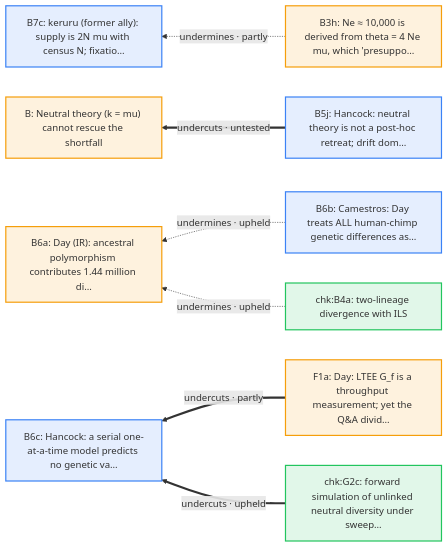
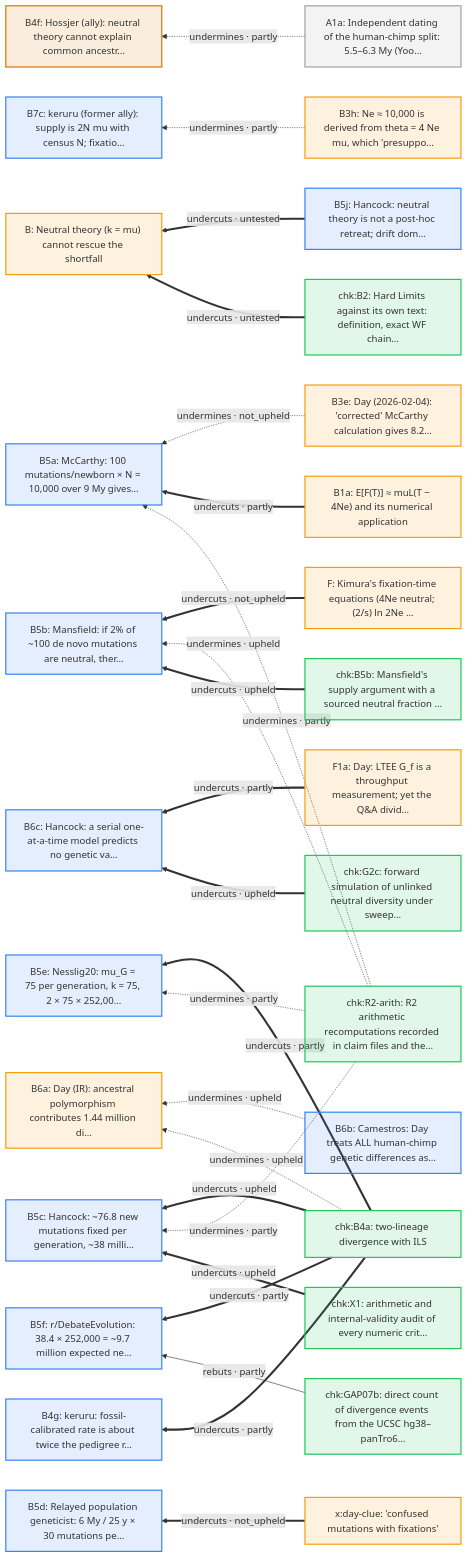
One commit to nickallevato/evo-sim changed the seventh of 19 diagrams in docs/arguments/defeaters.md. Above: the diagram before and after it, drawn with Mermaid. The commit also changed other lines of this file and 32 other files, not shown here.

````diff
--- a/docs/arguments/defeaters.md
+++ b/docs/arguments/defeaters.md
@@ -371,24 +348,59 @@
 ```mermaid
 flowchart RL
   classDef day fill:#f59e0b22,stroke:#f59e0b,stroke-width:2px
   classDef ally fill:#d9770622,stroke:#d97706,stroke-width:2px
   classDef critic fill:#3b82f622,stroke:#3b82f6,stroke-width:2px
   classDef literature fill:#a3a3a322,stroke:#a3a3a3,stroke-width:2px
   classDef audit fill:#22c55e22,stroke:#22c55e,stroke-width:2px
+  A1a["A1a: Independent dating of the human-chimp split: 5.5–6.3 My (Yoo…"]:::literature
   B["B: Neutral theory (k = mu) cannot rescue the shortfall"]:::day
+  B1a["B1a: E[F(T)] ≈ muL(T − 4Ne) and its numerical application"]:::day
+  B3e["B3e: Day (2026-02-04): 'corrected' McCarthy calculation gives 8.2…"]:::day
   B3h["B3h: Ne ≈ 10,000 is derived from theta = 4 Ne mu, which 'presuppo…"]:::day
+  B4f["B4f: Hossjer (ally): neutral theory cannot explain common ancestr…"]:::ally
+  B4g["B4g: keruru: fossil-calibrated rate is about twice the pedigree r…"]:::critic
+  B5a["B5a: McCarthy: 100 mutations/newborn × N = 10,000 over 9 My gives…"]:::critic
+  B5b["B5b: Mansfield: if 2% of ~100 de novo mutations are neutral, ther…"]:::critic
+  B5c["B5c: Hancock: ~76.8 new mutations fixed per generation, ~38 milli…"]:::critic
+  B5d["B5d: Relayed population geneticist: 6 My / 25 y × 30 mutations pe…"]:::critic
+  B5e["B5e: Nesslig20: mu_G = 75 per generation, k = 75, 2 × 75 × 252,00…"]:::critic
+  B5f["B5f: r/DebateEvolution: 38.4 × 252,000 = ~9.7 million expected ne…"]:::critic
   B5j["B5j: Hancock: neutral theory is not a post-hoc retreat; drift dom…"]:::critic
   B6a["B6a: Day (IR): ancestral polymorphism contributes 1.44 million di…"]:::day
   B6b["B6b: Camestros: Day treats ALL human-chimp genetic differences as…"]:::critic
   B6c["B6c: Hancock: a serial one-at-a-time model predicts no genetic va…"]:::critic
   B7c["B7c: keruru (former ally): supply is 2N mu with census N; fixatio…"]:::critic
+  F["F: Kimura's fixation-time equations (4Ne neutral; (2/s) ln 2Ne …"]:::day
   F1a["F1a: Day: LTEE G_f is a throughput measurement; yet the Q&A divid…"]:::day
+  chk_B2["chk:B2: Hard Limits against its own text: definition, exact WF chain…"]:::audit
   chk_B4a["chk:B4a: two-lineage divergence with ILS"]:::audit
+  chk_B5b["chk:B5b: Mansfield's supply argument with a sourced neutral fraction …"]:::audit
   chk_G2c["chk:G2c: forward simulation of unlinked neutral diversity under sweep…"]:::audit
+  chk_GAP07b["chk:GAP07b: direct count of divergence events from the UCSC hg38–panTro6…"]:::audit
+  chk_R2_arith["chk:R2-arith: R2 arithmetic recomputations recorded in claim files and the…"]:::audit
+  chk_X1["chk:X1: arithmetic and internal-validity audit of every numeric crit…"]:::audit
+  x_day_clue["x:day-clue: 'confused mutations with fixations'"]:::day
+  A1a -.->|"undermines · partly"| B4f
+  chk_B4a ==>|"undercuts · partly"| B4g
+  B3e -.->|"undermines · not_upheld"| B5a
+  B1a ==>|"undercuts · partly"| B5a
+  chk_R2_arith -.->|"undermines · partly"| B5a
+  F ==>|"undercuts · not_upheld"| B5b
+  chk_R2_arith -.->|"undermines · upheld"| B5b
+  chk_B5b ==>|"undercuts · upheld"| B5b
+  chk_B4a ==>|"undercuts · upheld"| B5c
+  chk_R2_arith -.->|"undermines · partly"| B5c
+  chk_X1 ==>|"undercuts · upheld"| B5c
+  x_day_clue ==>|"undercuts · not_upheld"| B5d
+  chk_B4a ==>|"undercuts · partly"| B5e
+  chk_R2_arith -.->|"undermines · partly"| B5e
+  chk_B4a ==>|"undercuts · partly"| B5f
+  chk_GAP07b -->|"rebuts · partly"| B5f
   B6b -.->|"undermines · upheld"| B6a
   chk_B4a -.->|"undermines · upheld"| B6a
   F1a ==>|"undercuts · partly"| B6c
   chk_G2c ==>|"undercuts · upheld"| B6c
   B3h -.->|"undermines · partly"| B7c
   B5j ==>|"undercuts · untested"| B
+  chk_B2 ==>|"undercuts · untested"| B
 ```
````
